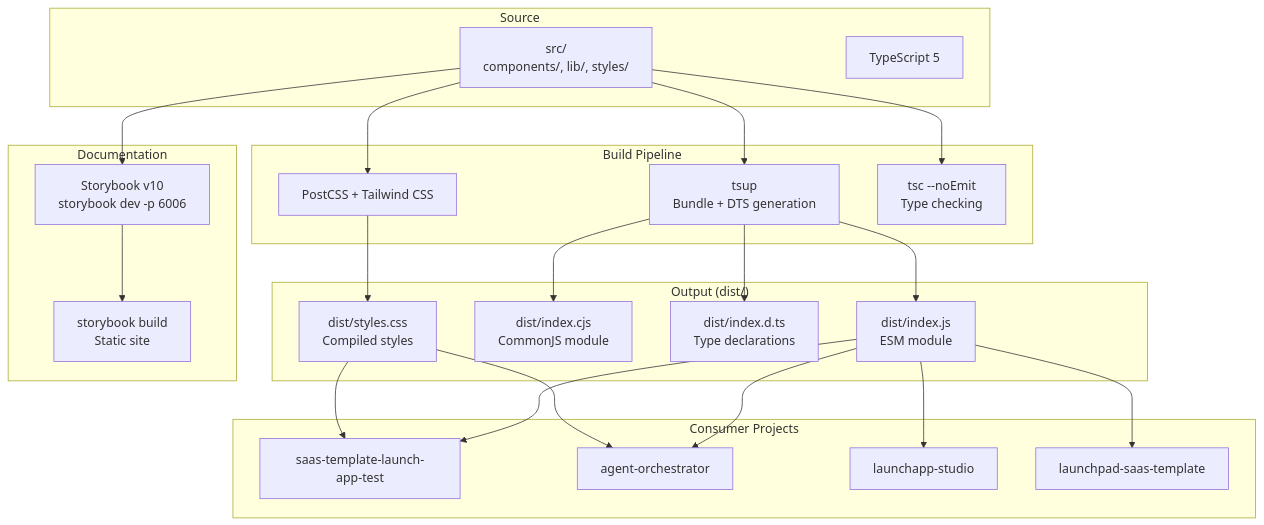
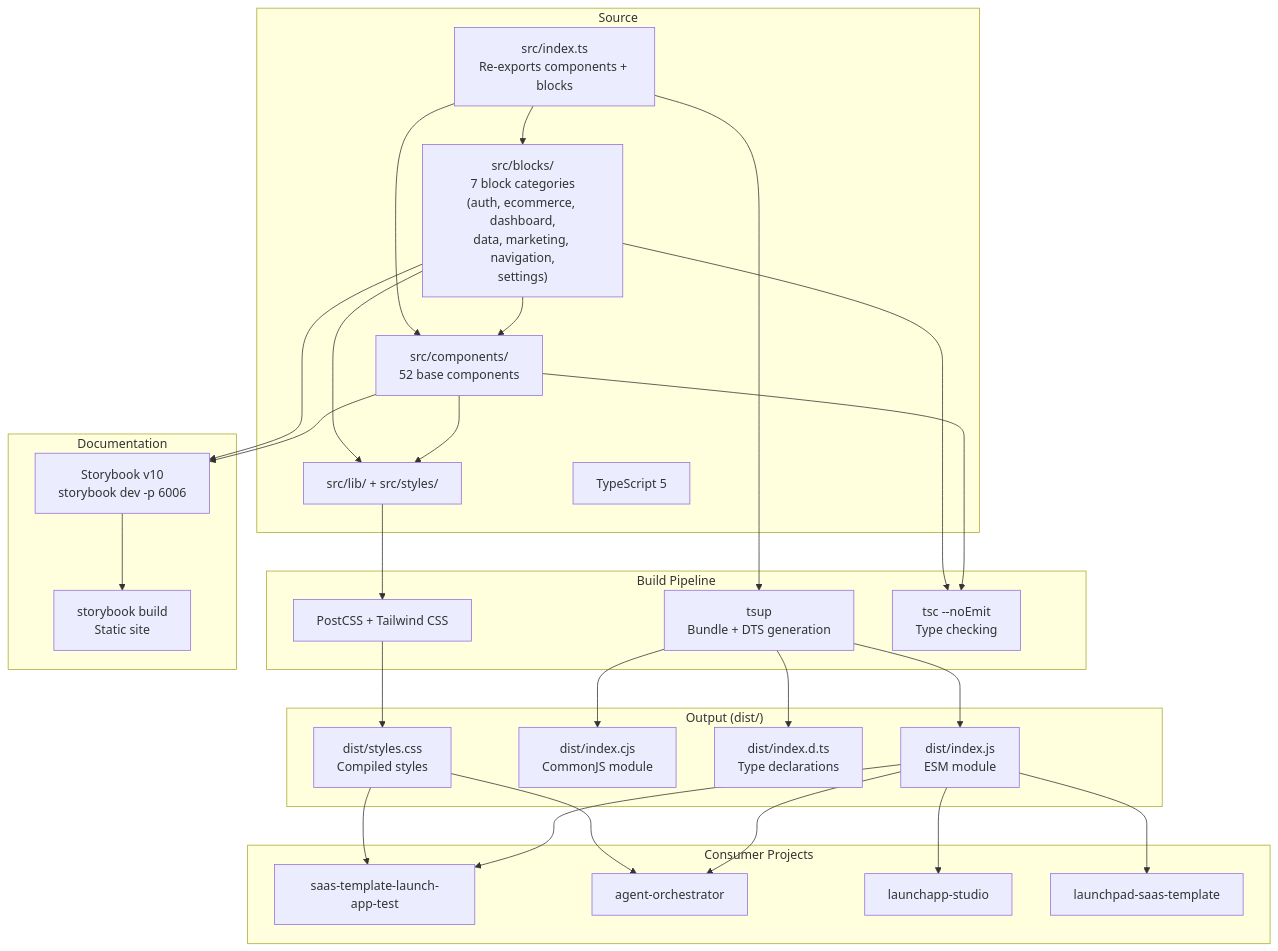
The diagram in knowledge/architecture/design-system-deployment.md (launchapp-dev/invoicer), drawn with Mermaid before and after one commit. The commit also changed other lines of this file and 2 other files, not shown here.

Commit message:
Refresh design-system architecture diagrams for ecommerce blocks (#52)
Update all four architecture diagrams to reflect the new two-tier
architecture: 52 base components + 7 block categories (auth, dashboard,
data, ecommerce, marketing, navigation, settings).

Key changes:
- system: Add blocks layer with all 7 categories, show block→component deps
- dependency: Show internal module dependency graph (blocks→components→radix),
  add @dnd-kit packages, highlight ecommerce component dependencies
- data-flow: Add blocks to dev/build flow, add ecommerce runtime data flow
  (ProductCard, ShoppingCart, CheckoutForm prop/callback patterns)
- deployment: Update source tree to show blocks alongside components,
  clarify single entry point re-exports both layers

````diff
--- a/knowledge/architecture/design-system-deployment.md
+++ b/knowledge/architecture/design-system-deployment.md
@@ -19,50 +19,61 @@
 ```mermaid
 graph TD
     subgraph "Source"
-        SRC["src/<br/>components/, lib/, styles/"]
+        COMP["src/components/<br/>52 base components"]
+        BLOCKS["src/blocks/<br/>7 block categories<br/>(auth, ecommerce, dashboard,<br/>data, marketing, navigation,<br/>settings)"]
+        LIB["src/lib/ + src/styles/"]
+        ENTRY["src/index.ts<br/>Re-exports components + blocks"]
         TS["TypeScript 5"]
     end
 
     subgraph "Build Pipeline"
         TSUP["tsup<br/>Bundle + DTS generation"]
         POSTCSS["PostCSS + Tailwind CSS"]
         TCHECK["tsc --noEmit<br/>Type checking"]
     end
 
     subgraph "Output (dist/)"
         ESM["dist/index.js<br/>ESM module"]
         CJS["dist/index.cjs<br/>CommonJS module"]
         DTS["dist/index.d.ts<br/>Type declarations"]
         CSS["dist/styles.css<br/>Compiled styles"]
     end
 
     subgraph "Documentation"
         SB["Storybook v10<br/>storybook dev -p 6006"]
         SBBUILD["storybook build<br/>Static site"]
     end
 
     subgraph "Consumer Projects"
         SAAS["saas-template-launch-app-test"]
         AOAPP["agent-orchestrator"]
         STUDIO["launchapp-studio"]
         LPSAAS["launchpad-saas-template"]
     end
 
-    SRC --> TSUP
-    SRC --> POSTCSS
-    SRC --> TCHECK
+    BLOCKS --> COMP
+    ENTRY --> COMP
+    ENTRY --> BLOCKS
+    COMP --> LIB
+    BLOCKS --> LIB
+
+    ENTRY --> TSUP
+    LIB --> POSTCSS
+    COMP --> TCHECK
+    BLOCKS --> TCHECK
     TSUP --> ESM
     TSUP --> CJS
     TSUP --> DTS
     POSTCSS --> CSS
 
-    SRC --> SB
+    COMP --> SB
+    BLOCKS --> SB
     SB --> SBBUILD
 
     ESM --> SAAS
     ESM --> AOAPP
     ESM --> STUDIO
     ESM --> LPSAAS
     CSS --> SAAS
     CSS --> AOAPP
 ```
````
